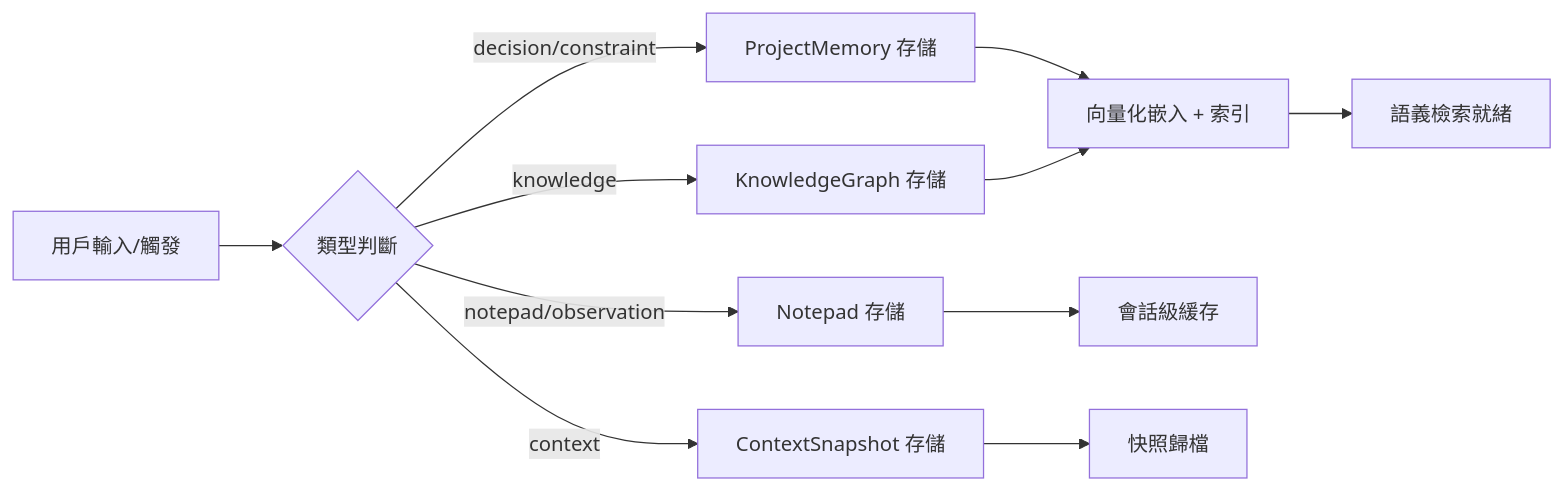
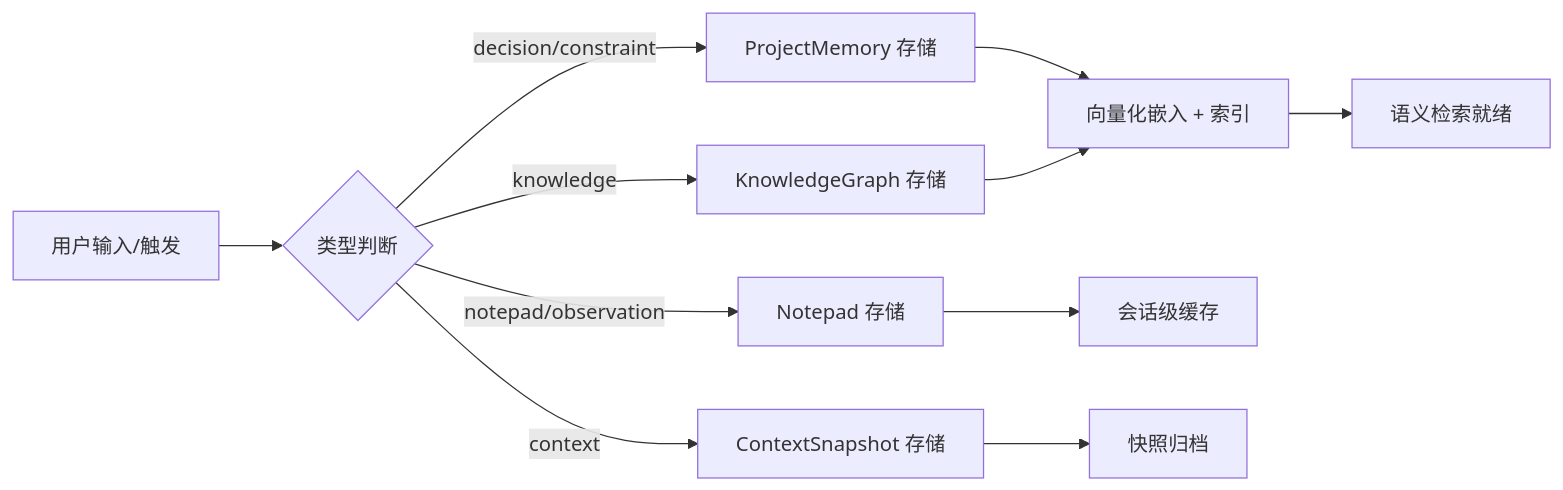
Before and after one commit to gogojaja/DevProjectTeamSkill: the first of 2 diagrams in .trae/skills/dev-project-team-skill/skills/project-memory/SKILL.md, drawn with Mermaid. The commit also changed other lines of this file and 69 other files, not shown here.

````diff
--- a/.trae/skills/dev-project-team-skill/skills/project-memory/SKILL.md
+++ b/.trae/skills/dev-project-team-skill/skills/project-memory/SKILL.md
@@ -45,13 +47,13 @@
 ```mermaid
 graph LR
-  A[用戶輸入/觸發] --> B{類型判斷}
-  B -->|decision/constraint| C[ProjectMemory 存儲]
-  B -->|knowledge| D[KnowledgeGraph 存儲]
-  B -->|notepad/observation| E[Notepad 存儲]
-  B -->|context| F[ContextSnapshot 存儲]
+  A[用户输入/触发] --> B{类型判断}
+  B -->|decision/constraint| C[ProjectMemory 存储]
+  B -->|knowledge| D[KnowledgeGraph 存储]
+  B -->|notepad/observation| E[Notepad 存储]
+  B -->|context| F[ContextSnapshot 存储]
   C --> G[向量化嵌入 + 索引]
   D --> G
-  E --> H[會話級緩存]
-  F --> I[快照歸檔]
-  G --> J[語義檢索就緒]
+  E --> H[会话级缓存]
+  F --> I[快照归档]
+  G --> J[语义检索就绪]
 ```
````
